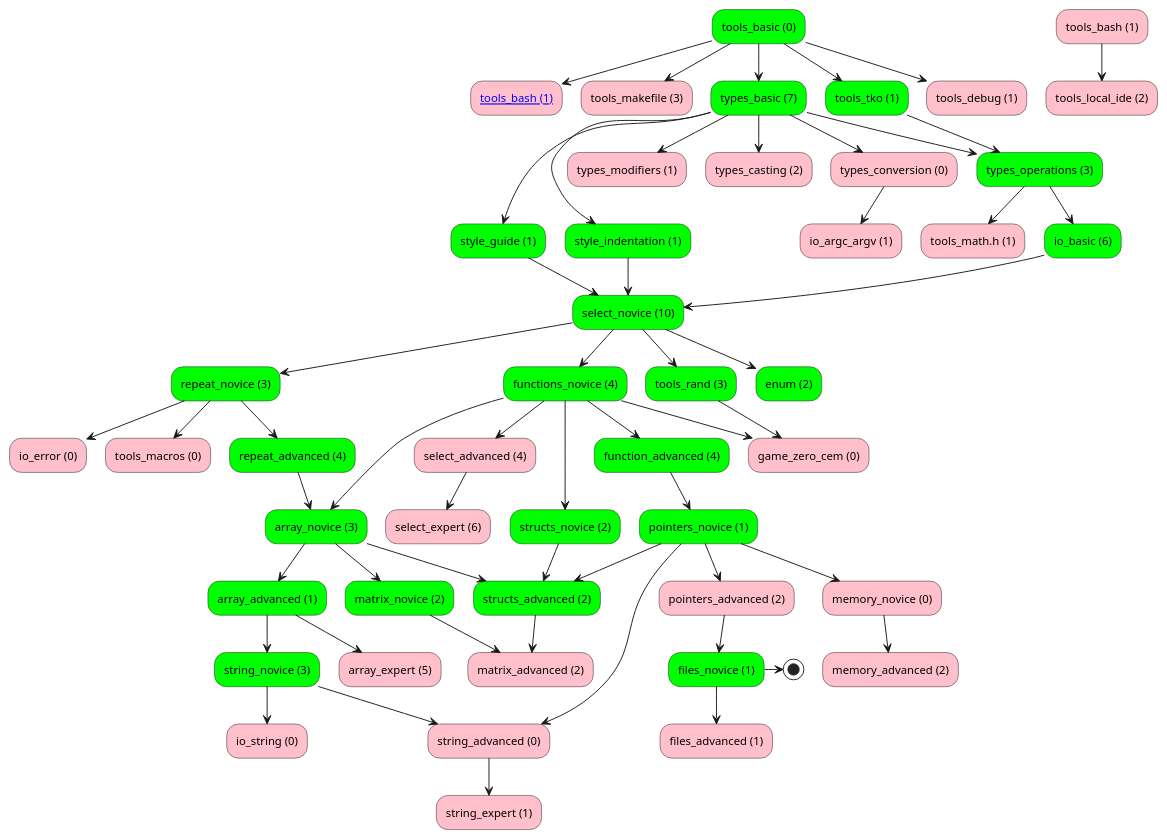
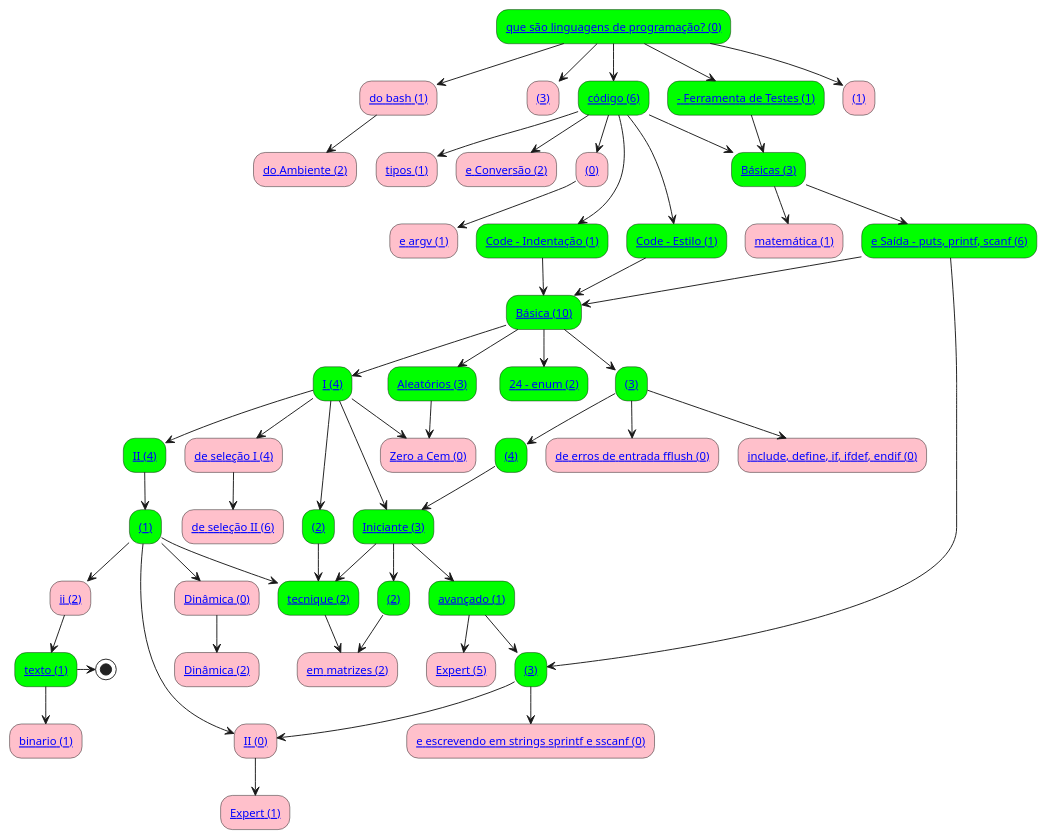
Before and after one commit to senapk/c_is_fun: the diagram in graph/graph.puml, drawn with PlantUML. The commit also changed 4 other files, not shown here.

```diff
--- a/graph/graph.puml
+++ b/graph/graph.puml
@@ -1,56 +1,57 @@
 @startuml graph
-"tools_basic (0)" #lime --> "[[http://google.com tools_bash (1)]]"  #pink
-"tools_bash (1)" #pink --> "tools_local_ide (2)" #pink
-"tools_basic (0)" #lime --> "tools_makefile (3)" #pink
-"tools_basic (0)" #lime --> "types_basic (7)" #lime
-"types_basic (7)" #lime --> "style_guide (1)" #lime
-"types_basic (7)" #lime --> "style_indentation (1)" #lime
-"types_basic (7)" #lime --> "types_modifiers (1)" #pink
-"types_basic (7)" #lime --> "types_casting (2)" #pink
-"types_basic (7)" #lime --> "types_conversion (0)" #pink
-"types_basic (7)" #lime --> "types_operations (3)" #lime
-"tools_tko (1)" #lime --> "types_operations (3)" #lime
-"types_operations (3)" #lime --> "tools_math.h (1)" #pink
-"types_operations (3)" #lime --> "io_basic (6)" #lime
-"string_novice (3)" #lime --> "io_string (0)" #pink
-"repeat_novice (3)" #lime --> "io_error (0)" #pink
-"repeat_novice (3)" #lime --> "tools_macros (0)" #pink
-"tools_basic (0)" #lime --> "tools_tko (1)" #lime
-"io_basic (6)" #lime --> "select_novice (10)" #lime
-"style_guide (1)" #lime --> "select_novice (10)" #lime
-"style_indentation (1)" #lime --> "select_novice (10)" #lime
-"tools_basic (0)" #lime --> "tools_debug (1)" #pink
-"functions_novice (4)" #lime --> "select_advanced (4)" #pink
-"select_advanced (4)" #pink --> "select_expert (6)" #pink
-"select_novice (10)" #lime --> "functions_novice (4)" #lime
-"functions_novice (4)" #lime --> "function_advanced (4)" #lime
-"select_novice (10)" #lime --> "repeat_novice (3)" #lime
-"repeat_novice (3)" #lime --> "repeat_advanced (4)" #lime
-"select_novice (10)" #lime --> "tools_rand (3)" #lime
-"tools_rand (3)" #lime --> "game_zero_cem (0)" #pink
-"functions_novice (4)" #lime --> "game_zero_cem (0)" #pink
-"types_conversion (0)" #pink --> "io_argc_argv (1)" #pink
-"repeat_advanced (4)" #lime --> "array_novice (3)" #lime
-"functions_novice (4)" #lime --> "array_novice (3)" #lime
-"array_novice (3)" #lime --> "array_advanced (1)" #lime
-"array_advanced (1)" #lime --> "array_expert (5)" #pink
-"array_advanced (1)" #lime --> "string_novice (3)" #lime
-"string_novice (3)" #lime --> "string_advanced (0)" #pink
-"pointers_novice (1)" #lime --> "string_advanced (0)" #pink
-"string_advanced (0)" #pink --> "string_expert (1)" #pink
-"function_advanced (4)" #lime --> "pointers_novice (1)" #lime
-"functions_novice (4)" #lime --> "structs_novice (2)" #lime
-"array_novice (3)" #lime --> "matrix_novice (2)" #lime
-"matrix_novice (2)" #lime --> "matrix_advanced (2)" #pink
-"structs_advanced (2)" #lime --> "matrix_advanced (2)" #pink
-"pointers_novice (1)" #lime --> "structs_advanced (2)" #lime
-"array_novice (3)" #lime --> "structs_advanced (2)" #lime
-"structs_novice (2)" #lime --> "structs_advanced (2)" #lime
-"select_novice (10)" #lime --> "enum (2)" #lime
-"pointers_novice (1)" #lime --> "pointers_advanced (2)" #pink
-"pointers_novice (1)" #lime --> "memory_novice (0)" #pink
-"memory_novice (0)" #pink --> "memory_advanced (2)" #pink
-"pointers_advanced (2)" #pink --> "files_novice (1)" #lime
-"files_novice (1)" #lime --> "files_advanced (1)" #pink
-"files_novice (1)" #lime -> (*)
+"[[/o-que-são-linguagens-de-programaçãoO que são linguagens de programação? (0)]]" #lime --> "[[/uso-do-bashUso do bash (1)]]" #pink
+"[[/uso-do-bashUso do bash (1)]]" #pink --> "[[/configuração-do-ambienteConfiguração do Ambiente (2)]]" #pink
+"[[/o-que-são-linguagens-de-programaçãoO que são linguagens de programação? (0)]]" #lime --> "[[/makefileMakefile (3)]]" #pink
+"[[/o-que-são-linguagens-de-programaçãoO que são linguagens de programação? (0)]]" #lime --> "[[/primeiro-códigoPrimeiro código (6)]]" #lime
+"[[/entrada-e-saída---puts-printf-scanfEntrada e Saída - puts, printf, scanf (6)]]" #lime --> "[[/stringsStrings (3)]]" #lime
+"[[/primeiro-códigoPrimeiro código (6)]]" #lime --> "[[/clean-code---estiloClean Code - Estilo (1)]]" #lime
+"[[/primeiro-códigoPrimeiro código (6)]]" #lime --> "[[/clean-code---indentaçãoClean Code - Indentação (1)]]" #lime
+"[[/primeiro-códigoPrimeiro código (6)]]" #lime --> "[[/manipulando-tiposManipulando tipos (1)]]" #pink
+"[[/primeiro-códigoPrimeiro código (6)]]" #lime --> "[[/casting-e-conversãoCasting e Conversão (2)]]" #pink
+"[[/primeiro-códigoPrimeiro código (6)]]" #lime --> "[[/conversãoConversão (0)]]" #pink
+"[[/primeiro-códigoPrimeiro código (6)]]" #lime --> "[[/operações-básicasOperações Básicas (3)]]" #lime
+"[[/tko---ferramenta-de-testesTKO - Ferramenta de Testes (1)]]" #lime --> "[[/operações-básicasOperações Básicas (3)]]" #lime
+"[[/operações-básicasOperações Básicas (3)]]" #lime --> "[[/biblioteca-matemáticaBiblioteca matemática (1)]]" #pink
+"[[/operações-básicasOperações Básicas (3)]]" #lime --> "[[/entrada-e-saída---puts-printf-scanfEntrada e Saída - puts, printf, scanf (6)]]" #lime
+"[[/stringsStrings (3)]]" #lime --> "[[/lendo-e-escrevendo-em-strings-sprintf-e-sscanfLendo e escrevendo em strings sprintf e sscanf (0)]]" #pink
+"[[/whileWhile (3)]]" #lime --> "[[/tratamento-de-erros-de-entrada-fflushTratamento de erros de entrada fflush (0)]]" #pink
+"[[/whileWhile (3)]]" #lime --> "[[/macros-include-define-if-ifdef-endifMacros: include, define, if, ifdef, endif (0)]]" #pink
+"[[/o-que-são-linguagens-de-programaçãoO que são linguagens de programação? (0)]]" #lime --> "[[/tko---ferramenta-de-testesTKO - Ferramenta de Testes (1)]]" #lime
+"[[/entrada-e-saída---puts-printf-scanfEntrada e Saída - puts, printf, scanf (6)]]" #lime --> "[[/seleção-básicaSeleção Básica (10)]]" #lime
+"[[/clean-code---estiloClean Code - Estilo (1)]]" #lime --> "[[/seleção-básicaSeleção Básica (10)]]" #lime
+"[[/clean-code---indentaçãoClean Code - Indentação (1)]]" #lime --> "[[/seleção-básicaSeleção Básica (10)]]" #lime
+"[[/o-que-são-linguagens-de-programaçãoO que são linguagens de programação? (0)]]" #lime --> "[[/debugandoDebugando (1)]]" #pink
+"[[/funções-iFunções I (4)]]" #lime --> "[[/técnicas-de-seleção-iTécnicas de seleção I (4)]]" #pink
+"[[/técnicas-de-seleção-iTécnicas de seleção I (4)]]" #pink --> "[[/técnicas-de-seleção-iiTécnicas de seleção II (6)]]" #pink
+"[[/seleção-básicaSeleção Básica (10)]]" #lime --> "[[/funções-iFunções I (4)]]" #lime
+"[[/funções-iFunções I (4)]]" #lime --> "[[/funções-iiFunções II (4)]]" #lime
+"[[/seleção-básicaSeleção Básica (10)]]" #lime --> "[[/whileWhile (3)]]" #lime
+"[[/whileWhile (3)]]" #lime --> "[[/forfor (4)]]" #lime
+"[[/seleção-básicaSeleção Básica (10)]]" #lime --> "[[/números-aleatóriosNúmeros Aleatórios (3)]]" #lime
+"[[/números-aleatóriosNúmeros Aleatórios (3)]]" #lime --> "[[/game-zero-a-cemGame Zero a Cem (0)]]" #pink
+"[[/funções-iFunções I (4)]]" #lime --> "[[/game-zero-a-cemGame Zero a Cem (0)]]" #pink
+"[[/conversãoConversão (0)]]" #pink --> "[[/argc-e-argvargc e argv (1)]]" #pink
+"[[/forfor (4)]]" #lime --> "[[/array-inicianteArray Iniciante (3)]]" #lime
+"[[/funções-iFunções I (4)]]" #lime --> "[[/array-inicianteArray Iniciante (3)]]" #lime
+"[[/array-inicianteArray Iniciante (3)]]" #lime --> "[[/array-avançadoArray avançado (1)]]" #lime
+"[[/array-avançadoArray avançado (1)]]" #lime --> "[[/array-expertArray Expert (5)]]" #pink
+"[[/array-avançadoArray avançado (1)]]" #lime --> "[[/stringsStrings (3)]]" #lime
+"[[/stringsStrings (3)]]" #lime --> "[[/strings-iiStrings II (0)]]" #pink
+"[[/ponteirosPonteiros (1)]]" #lime --> "[[/strings-iiStrings II (0)]]" #pink
+"[[/strings-iiStrings II (0)]]" #pink --> "[[/strings-expertStrings Expert (1)]]" #pink
+"[[/funções-iiFunções II (4)]]" #lime --> "[[/ponteirosPonteiros (1)]]" #lime
+"[[/funções-iFunções I (4)]]" #lime --> "[[/structsStructs (2)]]" #lime
+"[[/array-inicianteArray Iniciante (3)]]" #lime --> "[[/matrizesmatrizes (2)]]" #lime
+"[[/matrizesmatrizes (2)]]" #lime --> "[[/tecnicas-em-matrizestecnicas em matrizes (2)]]" #pink
+"[[/merged-tecniquemerged tecnique (2)]]" #lime --> "[[/tecnicas-em-matrizestecnicas em matrizes (2)]]" #pink
+"[[/ponteirosPonteiros (1)]]" #lime --> "[[/merged-tecniquemerged tecnique (2)]]" #lime
+"[[/array-inicianteArray Iniciante (3)]]" #lime --> "[[/merged-tecniquemerged tecnique (2)]]" #lime
+"[[/structsStructs (2)]]" #lime --> "[[/merged-tecniquemerged tecnique (2)]]" #lime
+"[[/seleção-básicaSeleção Básica (10)]]" #lime --> "[[/aula-24---enumAula 24 - enum (2)]]" #lime
+"[[/ponteirosPonteiros (1)]]" #lime --> "[[/ponteiros-iiPonteiros ii (2)]]" #pink
+"[[/ponteirosPonteiros (1)]]" #lime --> "[[/alocação-dinâmicaAlocação Dinâmica (0)]]" #pink
+"[[/alocação-dinâmicaAlocação Dinâmica (0)]]" #pink --> "[[/alocação-dinâmicaAlocação Dinâmica (2)]]" #pink
+"[[/ponteiros-iiPonteiros ii (2)]]" #pink --> "[[/arquivos-textoarquivos texto (1)]]" #lime
+"[[/arquivos-textoarquivos texto (1)]]" #lime --> "[[/arquivos-binarioarquivos binario (1)]]" #pink
+"[[/arquivos-textoarquivos texto (1)]]" #lime -> (*)
 @enduml
```
